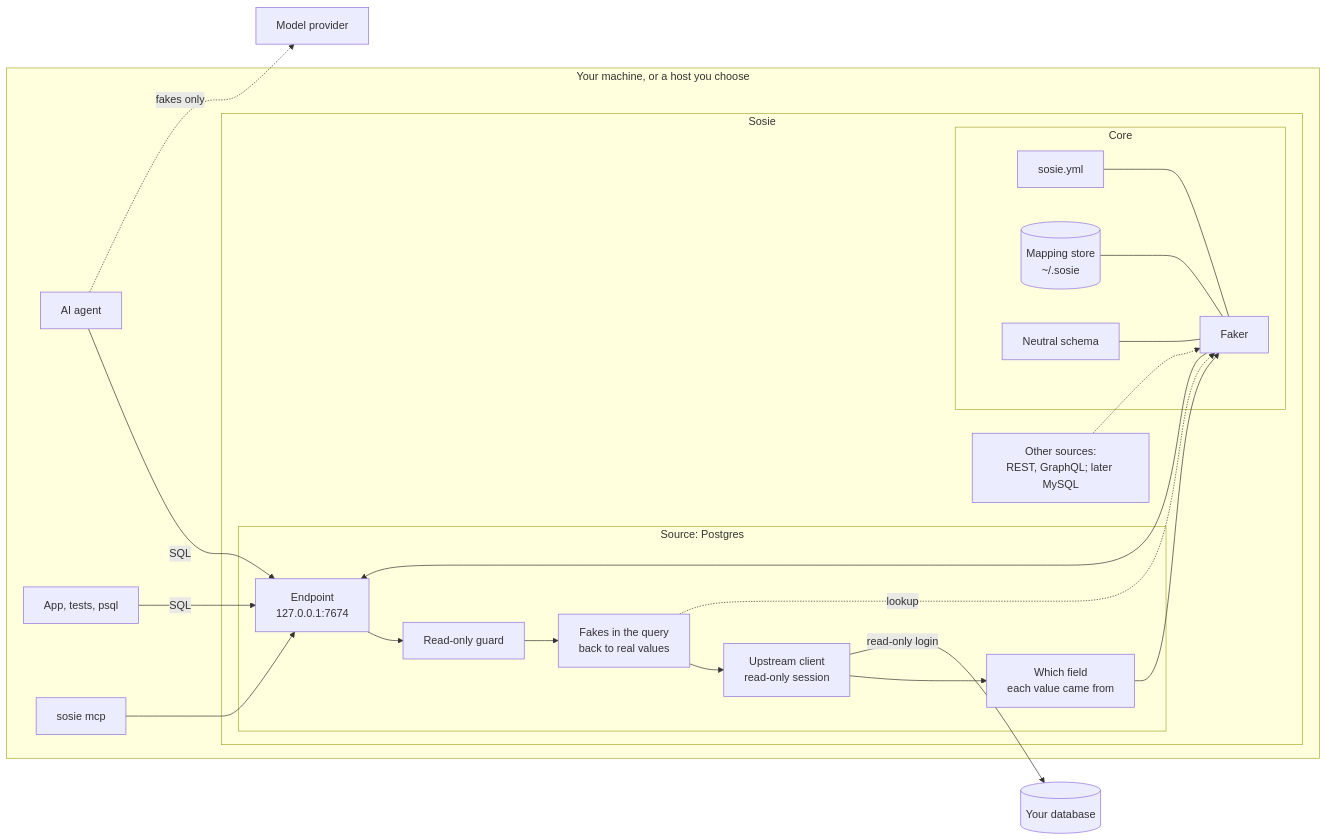
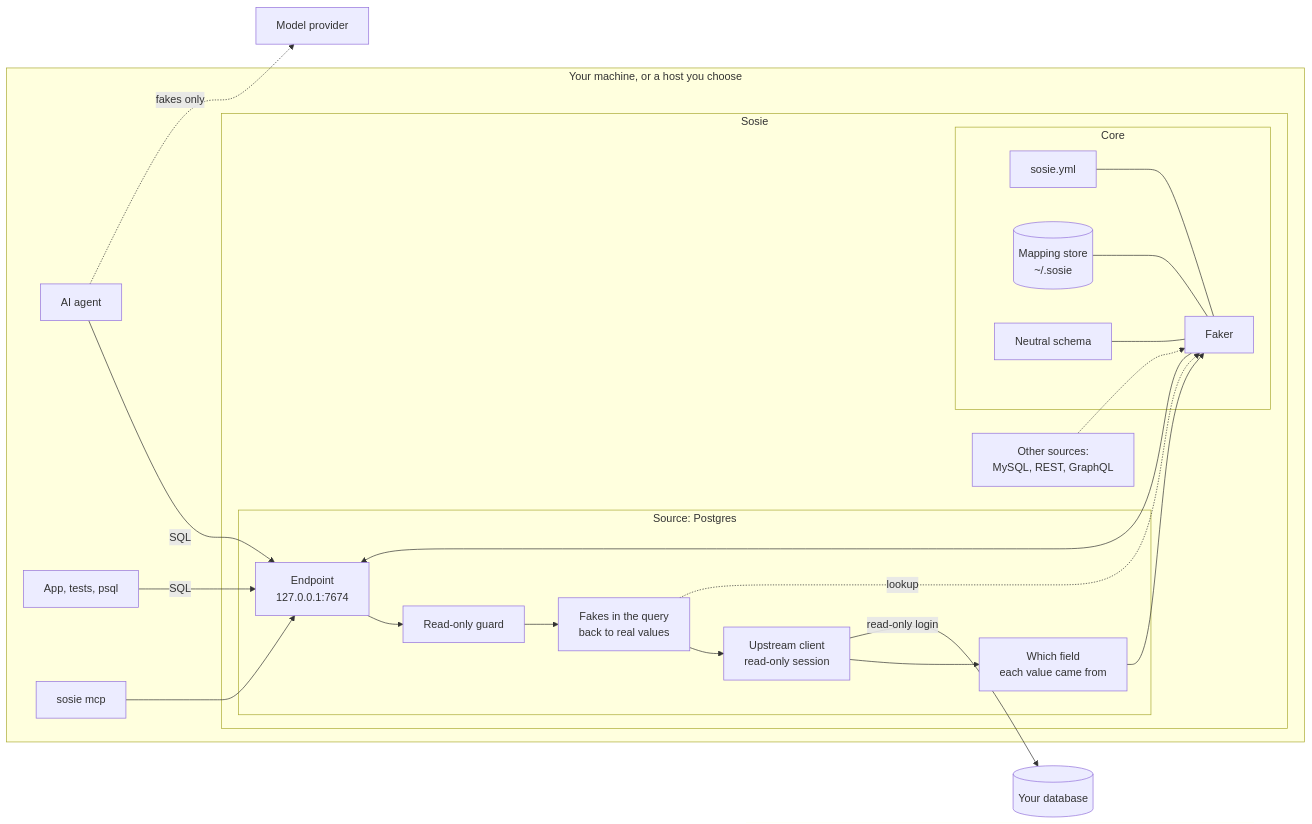
Before and after one commit to monkilabs/sosie: the first of 2 diagrams in docs/hld.md, drawn with Mermaid. The commit also changed other lines of this file and 38 other files, not shown here.

````diff
--- a/docs/hld.md
+++ b/docs/hld.md
@@ -54,28 +55,28 @@
 ```mermaid
 flowchart LR
   subgraph host["Your machine, or a host you choose"]
     agent["AI agent"] -->|SQL| endpoint
     app["App, tests, psql"] -->|SQL| endpoint
     mcp["sosie mcp"] --> endpoint
     subgraph sosie["Sosie"]
       subgraph pg["Source: Postgres"]
         endpoint["Endpoint<br/>127.0.0.1:7674"] --> guard["Read-only guard"]
         guard --> rewrite["Fakes in the query<br/>back to real values"]
         rewrite --> upstream["Upstream client<br/>read-only session"]
         upstream --> results["Which field<br/>each value came from"]
       end
       subgraph core["Core"]
         faker["Faker"]
         rules["sosie.yml"] --- faker
         store[("Mapping store<br/>~/.sosie")] --- faker
         schema["Neutral schema"] --- faker
       end
       results --> faker
       rewrite -. lookup .-> faker
       faker --> endpoint
-      later["Other sources:<br/>REST, GraphQL; later MySQL"] -.-> faker
+      later["Other sources:<br/>MySQL, REST, GraphQL"] -.-> faker
     end
   end
   upstream -->|read-only login| db[("Your database")]
   agent -.->|fakes only| model["Model provider"]
 ```
````
